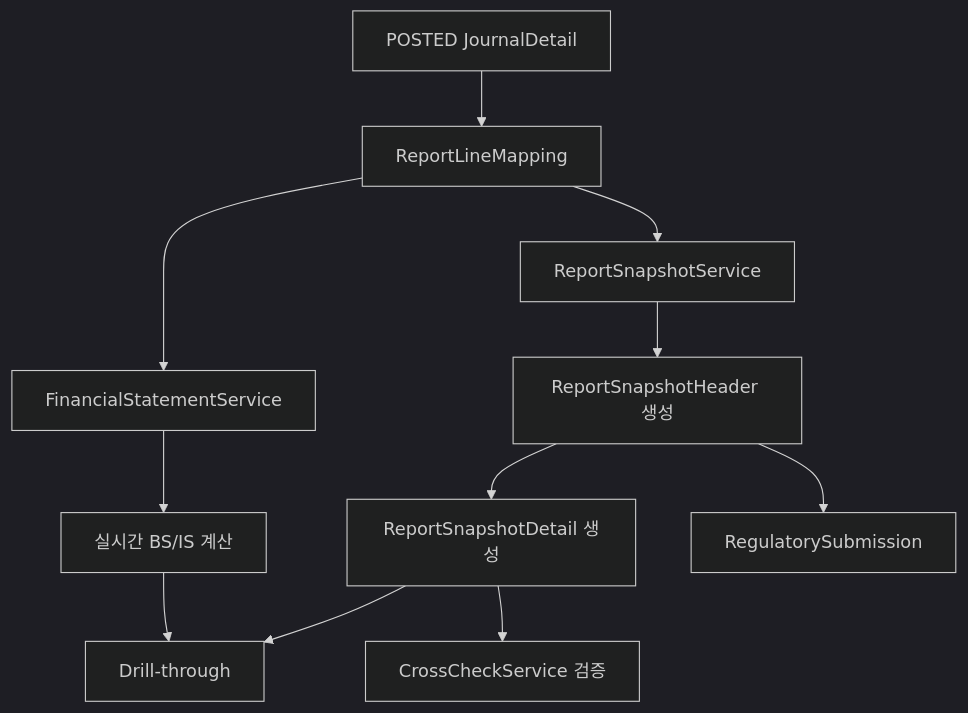
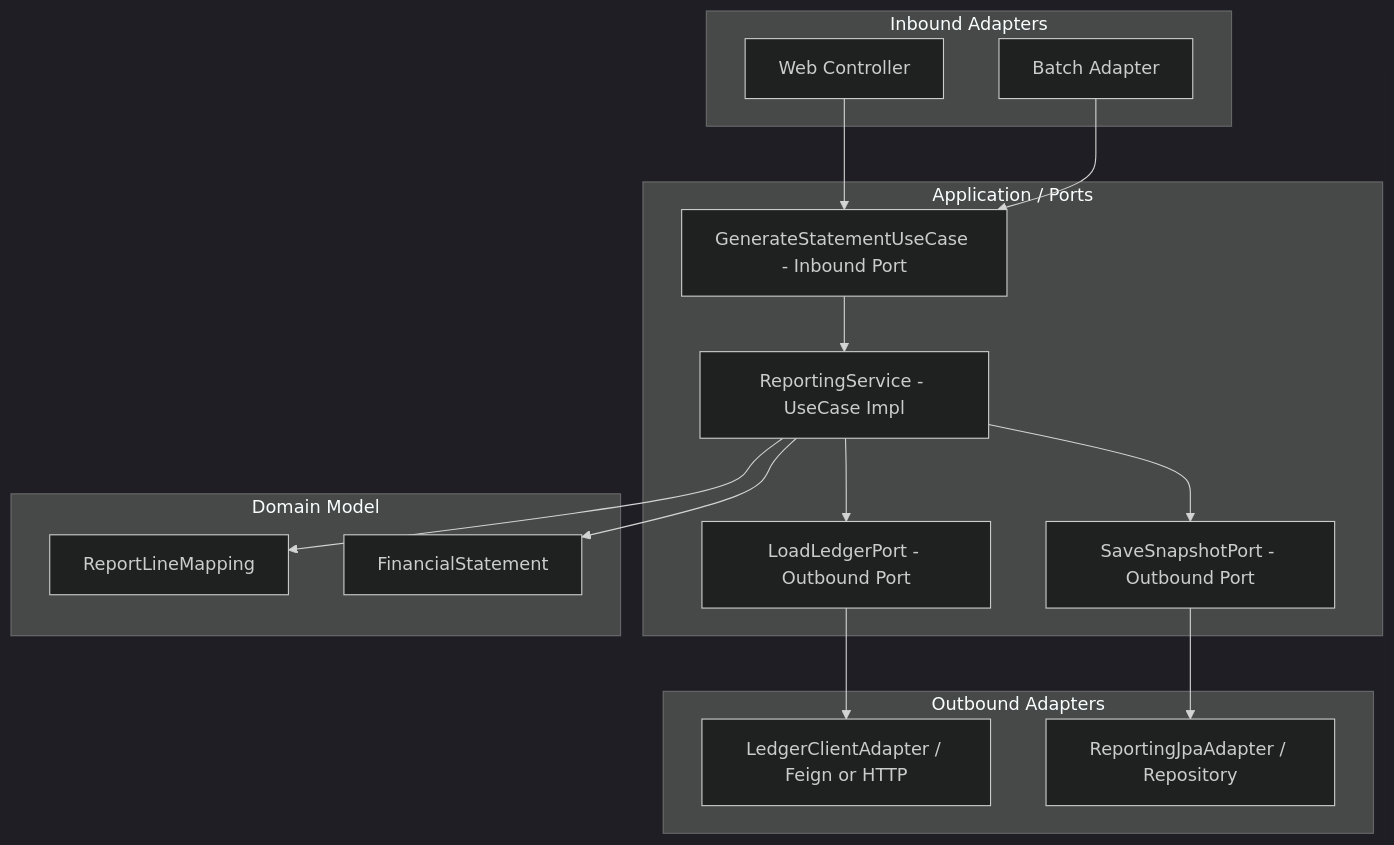
The diagram in reporting/docs/process-flow.md (skyg547/account), drawn with Mermaid (dark theme) before and after one commit. The commit also changed other lines of this file and 94 other files, not shown here.

````diff
--- a/reporting/docs/process-flow.md
+++ b/reporting/docs/process-flow.md
@@ -18,13 +16,34 @@
 ```mermaid
 flowchart TD
-    A[POSTED JournalDetail] --> B[ReportLineMapping]
-    B --> C[FinancialStatementService]
-    C --> D[실시간 BS/IS 계산]
-    B --> E[ReportSnapshotService]
-    E --> F[ReportSnapshotHeader 생성]
-    F --> G[ReportSnapshotDetail 생성]
-    G --> H[CrossCheckService 검증]
-    F --> I[RegulatorySubmission]
-    D --> J[Drill-through]
-    G --> J
+    subgraph Inbound Adapters
+        A[Web Controller]
+        B[Batch Adapter]
+    end
+    
+    subgraph Application / Ports
+        C[GenerateStatementUseCase - Inbound Port]
+        D[ReportingService - UseCase Impl]
+        E[LoadLedgerPort - Outbound Port]
+        F[SaveSnapshotPort - Outbound Port]
+    end
+    
+    subgraph Domain Model
+        G[ReportLineMapping]
+        H[FinancialStatement]
+    end
+    
+    subgraph Outbound Adapters
+        I[LedgerClientAdapter / Feign or HTTP]
+        J[ReportingJpaAdapter / Repository]
+    end
+
+    A --> C
+    B --> C
+    C --> D
+    D --> G
+    D --> H
+    D --> E
+    D --> F
+    E --> I
+    F --> J
 ```
````
